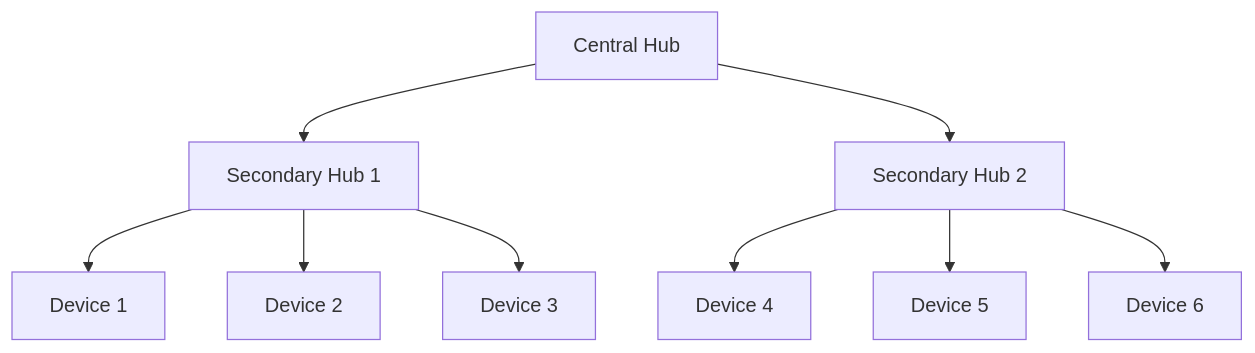
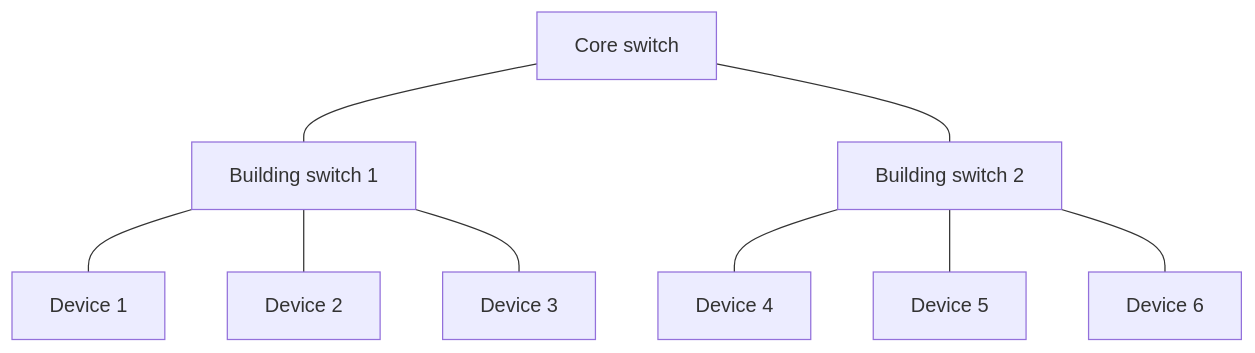
One commit to vanshbaranwal/backend-projects changed diagram 12 of 12 in computer-network/01-fundamentals/fundamentals.md. Above: the diagram before and after it, drawn with Mermaid. The commit also changed other lines of this file and 2 other files, not shown here.

Commit message:
docs(networking): refine notes, analogies, and diagrams

````diff
--- a/computer-network/01-fundamentals/fundamentals.md
+++ b/computer-network/01-fundamentals/fundamentals.md
@@ -289,12 +351,12 @@
 ```mermaid
 flowchart TB
-    A[Central Hub]
-    A --> B[Secondary Hub 1]
-    A --> C[Secondary Hub 2]
-    B --> D[Device 1]
-    B --> E[Device 2]
-    B --> F[Device 3]
-    C --> G[Device 4]
-    C --> H[Device 5]
-    C --> I[Device 6]
+    A[Core switch]
+    A --- B[Building switch 1]
+    A --- C[Building switch 2]
+    B --- D[Device 1]
+    B --- E[Device 2]
+    B --- F[Device 3]
+    C --- G[Device 4]
+    C --- H[Device 5]
+    C --- I[Device 6]
 ```
````
